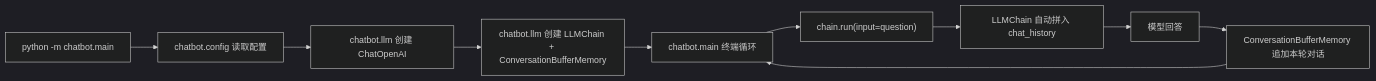
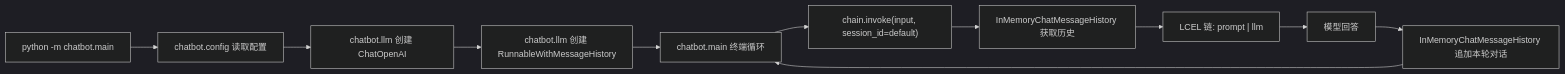
The diagram in docs/superpowers/specs/2026-05-13-single-session-memory-design.md (n0rk1n/HDU-erc), drawn with Mermaid (dark theme) before and after one commit. The commit also changed other lines of this file and 1 other file, not shown here.

First line of the commit message:
docs: update spec and plan to use RunnableWithMessageHistory

````diff
--- a/docs/superpowers/specs/2026-05-13-single-session-memory-design.md
+++ b/docs/superpowers/specs/2026-05-13-single-session-memory-design.md
@@ -62,12 +70,13 @@
 ```mermaid
 flowchart LR
     A["python -m chatbot.main"] --> B["chatbot.config 读取配置"]
     B --> C["chatbot.llm 创建 ChatOpenAI"]
-    C --> D["chatbot.llm 创建 LLMChain + ConversationBufferMemory"]
+    C --> D["chatbot.llm 创建 RunnableWithMessageHistory"]
     D --> E["chatbot.main 终端循环"]
-    E --> F["chain.run(input=question)"]
-    F --> G["LLMChain 自动拼入 chat_history"]
-    G --> H["模型回答"]
-    H --> I["ConversationBufferMemory 追加本轮对话"]
-    I --> E
+    E --> F["chain.invoke(input, session_id=default)"]
+    F --> G["InMemoryChatMessageHistory 获取历史"]
+    G --> H["LCEL 链: prompt | llm"]
+    H --> I["模型回答"]
+    I --> J["InMemoryChatMessageHistory 追加本轮对话"]
+    J --> E
 ```
````
